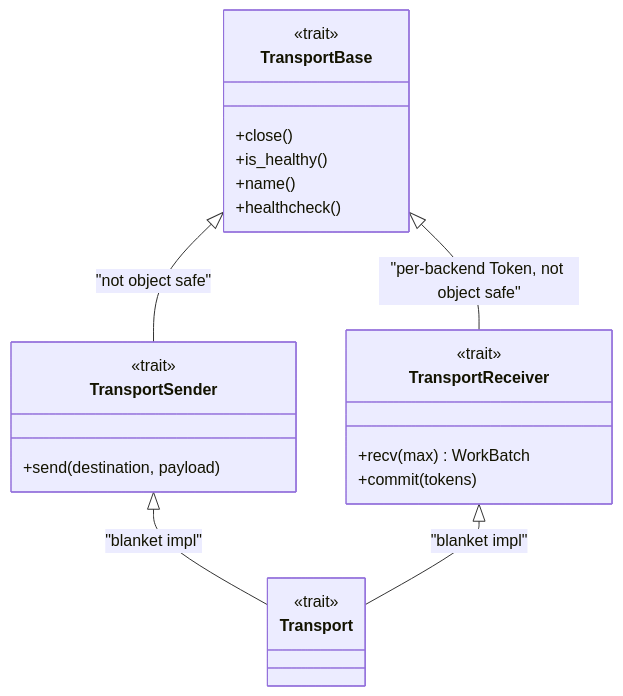
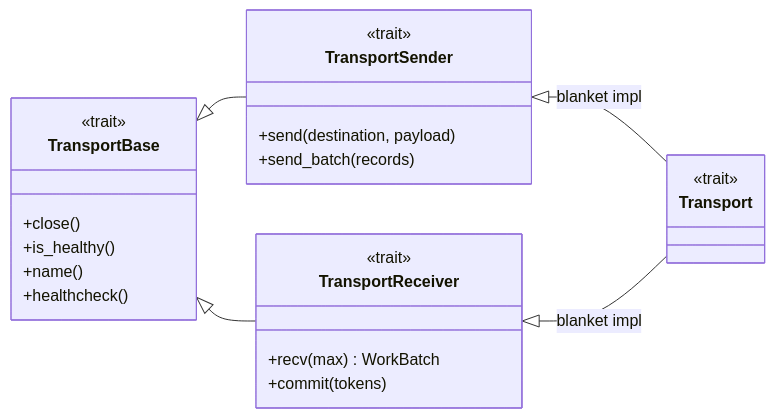
One commit to hyperi-io/scalo-rs changed the diagram in docs/transport/README.md. Above: the diagram before and after it, drawn with Mermaid. The commit also changed other lines of this file and 55 other files, not shown here.

First line of the commit message:
docs(scalo-rs): redraw every diagram and fix claims against code

````diff
--- a/docs/transport/README.md
+++ b/docs/transport/README.md
@@ -16,26 +16,30 @@
 ```mermaid
 classDiagram
+    direction LR
+    accTitle: L4 Detail -- Transport traits
+    accDescr: TransportSender and TransportReceiver each extend TransportBase, which carries close, is_healthy, name and healthcheck. Transport extends both through a blanket impl.
     class TransportBase {
         <<trait>>
         +close()
         +is_healthy()
         +name()
         +healthcheck()
     }
     class TransportSender {
         <<trait>>
         +send(destination, payload)
+        +send_batch(records)
     }
     class TransportReceiver {
         <<trait>>
         +recv(max) WorkBatch
         +commit(tokens)
     }
     class Transport {
         <<trait>>
     }
-    TransportBase <|-- TransportSender : "not object safe"
-    TransportBase <|-- TransportReceiver : "per-backend Token, not object safe"
-    TransportSender <|-- Transport : "blanket impl"
-    TransportReceiver <|-- Transport : "blanket impl"
+    TransportBase <|-- TransportSender
+    TransportBase <|-- TransportReceiver
+    TransportSender <|-- Transport : blanket impl
+    TransportReceiver <|-- Transport : blanket impl
 ```
````
